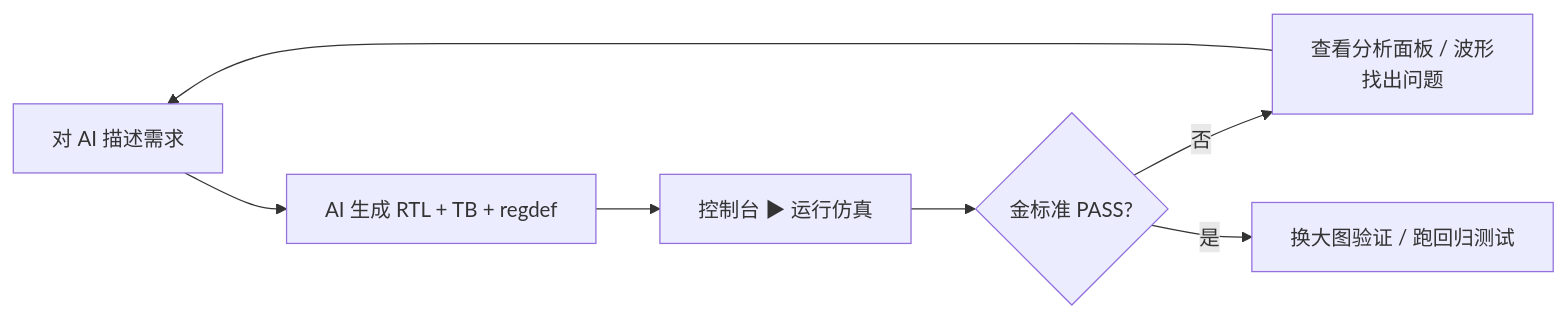
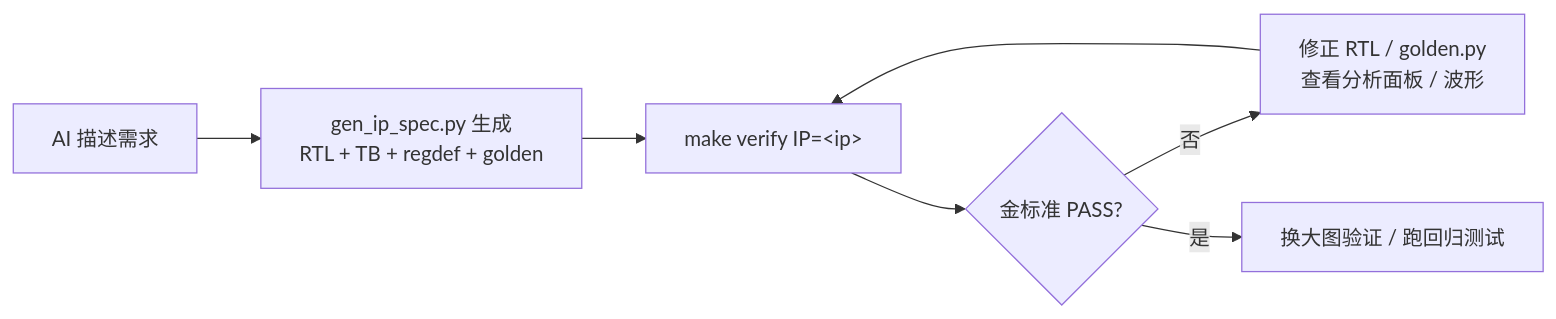
The third of 3 diagrams in docs/USER_GUIDE.md (butonlyif/video_sim), drawn with Mermaid before and after one commit. The commit also changed other lines of this file and 36 other files, not shown here.

````diff
--- a/docs/USER_GUIDE.md
+++ b/docs/USER_GUIDE.md
@@ -263,9 +288,9 @@
 ```mermaid
 flowchart LR
-    A["对 AI 描述需求"] --> B["AI 生成 RTL + TB + regdef"]
-    B --> C["控制台 ▶ 运行仿真"]
+    A["AI 描述需求"] --> B["gen_ip_spec.py 生成\nRTL + TB + regdef + golden"]
+    B --> C["make verify IP=&lt;ip&gt;"]
     C --> D{"金标准 PASS?"}
-    D -- 否 --> E["查看分析面板 / 波形<br/>找出问题"]
-    E --> A
+    D -- 否 --> E["修正 RTL / golden.py<br/>查看分析面板 / 波形"]
+    E --> C
     D -- 是 --> F["换大图验证 / 跑回归测试"]
 ```
````
